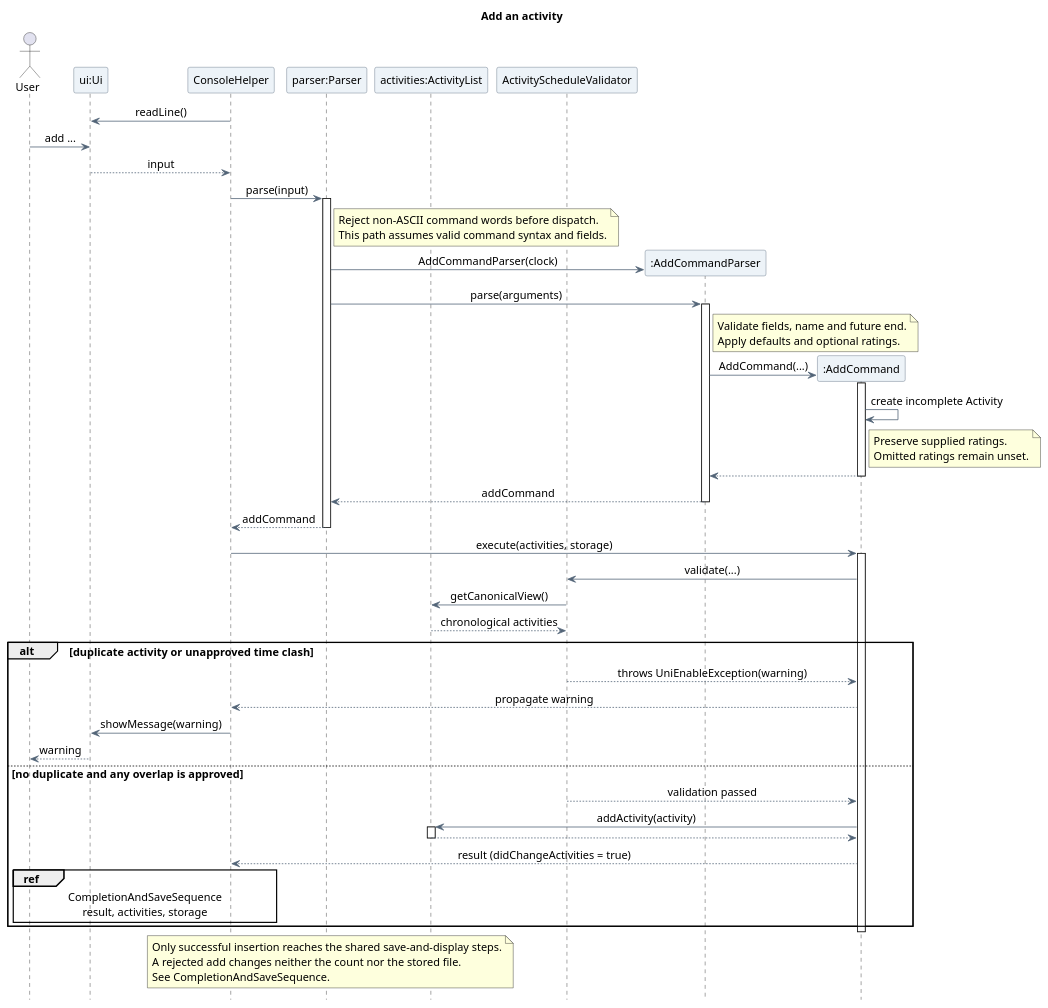
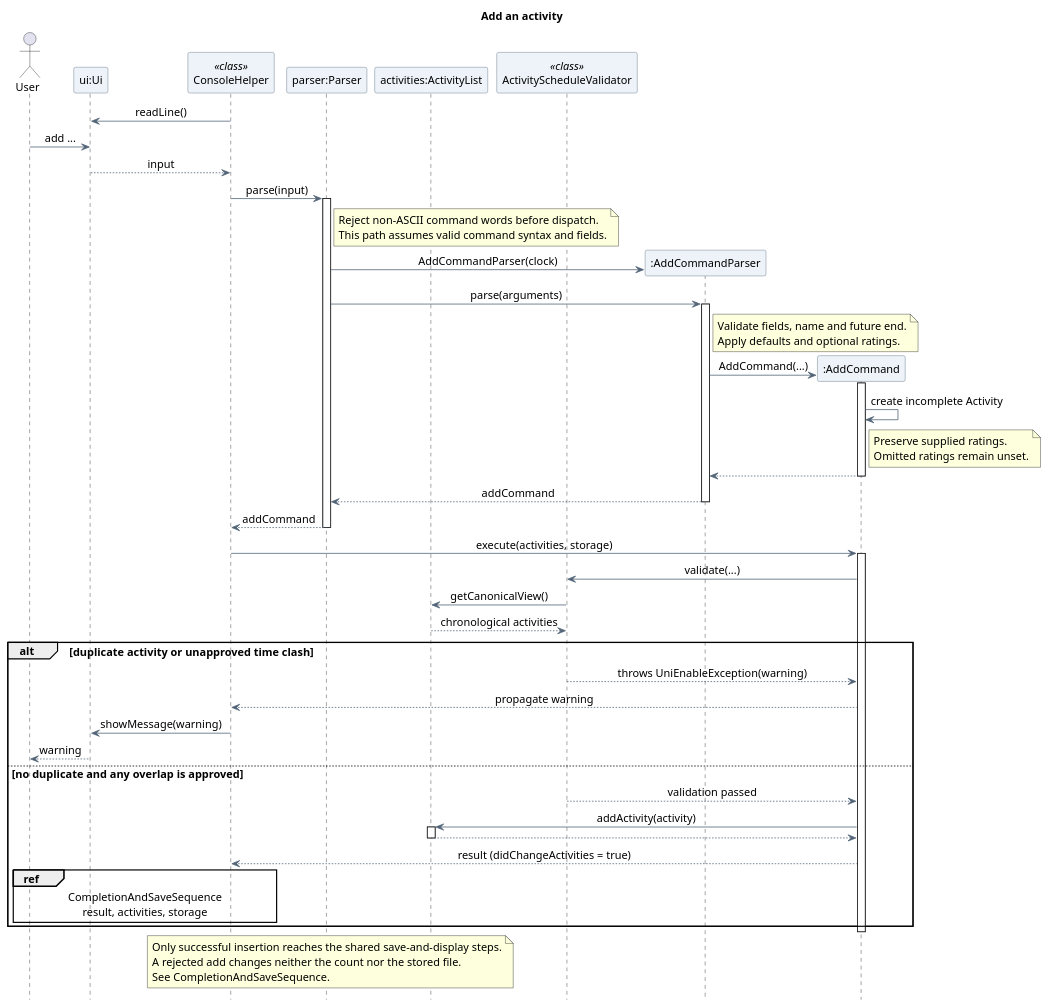
Before and after one commit to AY2627S1-CS2113-T10-4/tp: the diagram in docs/diagrams/atharva/sequence/AddActivitySequence.puml, drawn with PlantUML. The commit also changed 37 other files, not shown here.

First line of the commit message:
docs(uml): distinguish static helpers from object lifelines

```diff
--- a/docs/diagrams/atharva/sequence/AddActivitySequence.puml
+++ b/docs/diagrams/atharva/sequence/AddActivitySequence.puml
@@ -2,81 +2,81 @@
 @startuml
 title Add an activity
 skinparam backgroundColor white
 skinparam shadowing false
 skinparam defaultFontName SansSerif
 skinparam defaultFontSize 14
 skinparam ParticipantBackgroundColor #EDF3F8
 skinparam ParticipantBorderColor #526477
 skinparam ArrowColor #526477
 skinparam sequenceMessageAlign center
 hide footbox
 
 actor "User" as User
 participant "ui:Ui" as UI
-participant "ConsoleHelper" as Console
+participant "ConsoleHelper" as Console <<class>>
 participant "parser:Parser" as Parser
 participant "activities:ActivityList" as Activities
-participant "ActivityScheduleValidator" as Schedule
+participant "ActivityScheduleValidator" as Schedule <<class>>
 
 Console -> UI : readLine()
 User -> UI : add ...
 UI --> Console : input
 
 Console -> Parser : parse(input)
 activate Parser
 note right of Parser
   Reject non-ASCII command words before dispatch.
   This path assumes valid command syntax and fields.
 end note
 create participant ":AddCommandParser" as AddParser
 Parser -> AddParser : AddCommandParser(clock)
 Parser -> AddParser : parse(arguments)
 activate AddParser
 note right of AddParser
   Validate fields, name and future end.
   Apply defaults and optional ratings.
 end note
 create participant ":AddCommand" as Add
 AddParser -> Add : AddCommand(...)
 activate Add
 Add -> Add : create incomplete Activity
 note right of Add
   Preserve supplied ratings.
   Omitted ratings remain unset.
 end note
 Add --> AddParser
 deactivate Add
 AddParser --> Parser : addCommand
 deactivate AddParser
 Parser --> Console : addCommand
 deactivate Parser
 
 Console -> Add : execute(activities, storage)
 activate Add
 Add -> Schedule : validate(...)
 Schedule -> Activities : getCanonicalView()
 Activities --> Schedule : chronological activities
 alt duplicate activity or unapproved time clash
   Schedule --> Add : throws UniEnableException(warning)
   Add --> Console : propagate warning
   Console -> UI : showMessage(warning)
   UI --> User : warning
 else no duplicate and any overlap is approved
   Schedule --> Add : validation passed
   Add -> Activities : addActivity(activity)
   activate Activities
   Activities --> Add
   deactivate Activities
   Add --> Console : result (didChangeActivities = true)
   ref over User, Console
   CompletionAndSaveSequence
   result, activities, storage
 end ref
 end
 deactivate Add
 note over Console, Activities
   Only successful insertion reaches the shared save-and-display steps.
   A rejected add changes neither the count nor the stored file.
   See CompletionAndSaveSequence.
 end note
 @enduml
```
